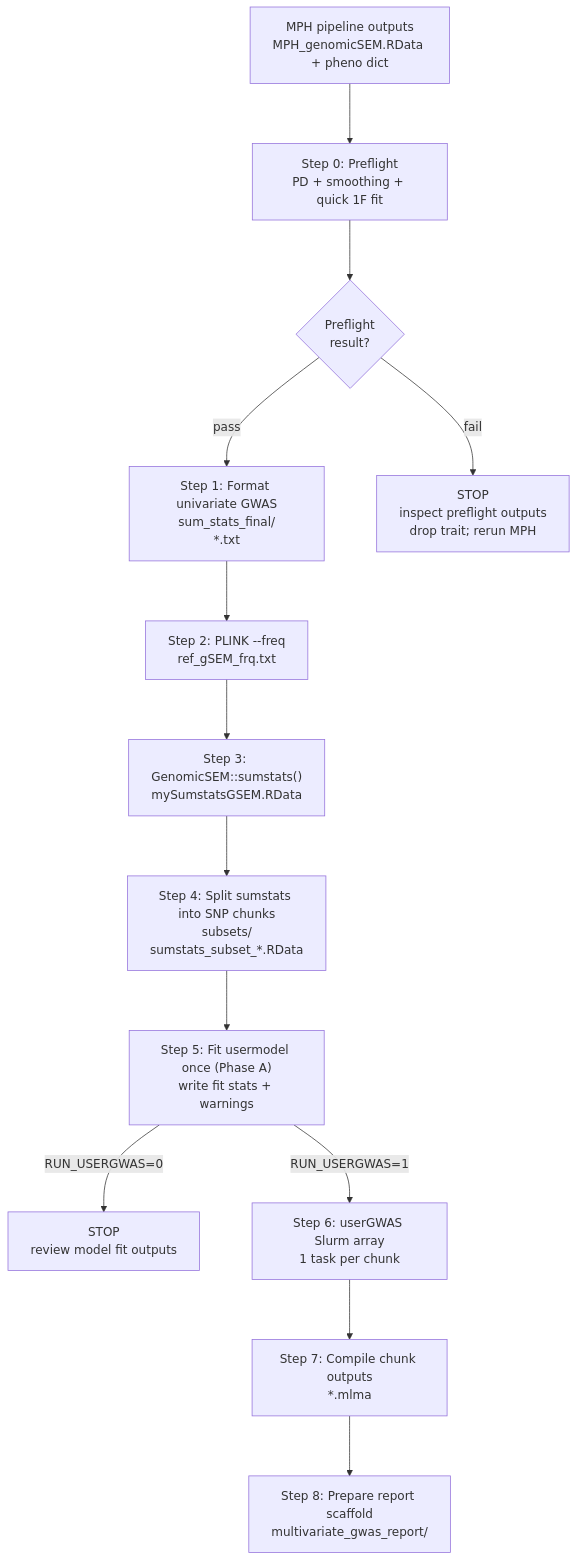
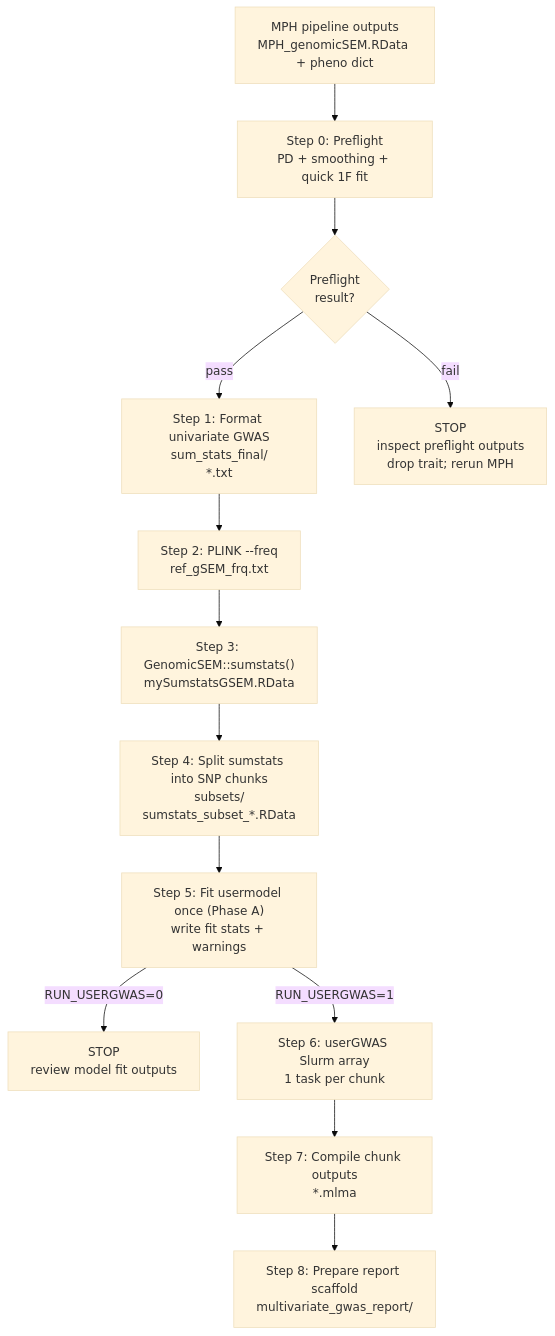
The diagram in docs/PIPELINE_OVERVIEW.md (ApurvaChitre/gsem-pipeline), drawn with Mermaid before and after one commit.

Commit message:
Tweak Mermaid font size to prevent label clipping on GitHub

````diff
--- a/docs/PIPELINE_OVERVIEW.md
+++ b/docs/PIPELINE_OVERVIEW.md
@@ -69,19 +69,19 @@
 ```mermaid
-%%{init: {"flowchart": {"diagramPadding": 20, "nodeSpacing": 70, "rankSpacing": 80, "useMaxWidth": true}}}%%
+%%{init: {"theme":"base","fontSize":14,"flowchart":{"diagramPadding":20}} }%%
 flowchart TD
   A["MPH pipeline outputs<br/>MPH_genomicSEM.RData + pheno dict"] --> B["Step 0: Preflight<br/>PD + smoothing + quick 1F fit"]
 
   B --> D{"Preflight<br/>result?"}
   D -->|pass| C["Step 1: Format univariate GWAS<br/>sum_stats_final/<br/>*.txt"]
   D -->|fail| Z["STOP<br/>inspect preflight outputs<br/>drop trait; rerun MPH"]
 
   C --> E["Step 2: PLINK --freq<br/>ref_gSEM_frq.txt"]
   E --> F["Step 3: GenomicSEM::sumstats()<br/>mySumstatsGSEM.RData"]
   F --> G["Step 4: Split sumstats into SNP chunks<br/>subsets/<br/>sumstats_subset_*.RData"]
   G --> H["Step 5: Fit usermodel once (Phase A)<br/>write fit stats + warnings"]
 
   H -->|RUN_USERGWAS=0| I["STOP<br/>review model fit outputs"]
   H -->|RUN_USERGWAS=1| J["Step 6: userGWAS Slurm array<br/>1 task per chunk"]
   J --> K["Step 7: Compile chunk outputs<br/>*.mlma"]
   K --> L["Step 8: Prepare report scaffold<br/>multivariate_gwas_report/"]
 ```
````
